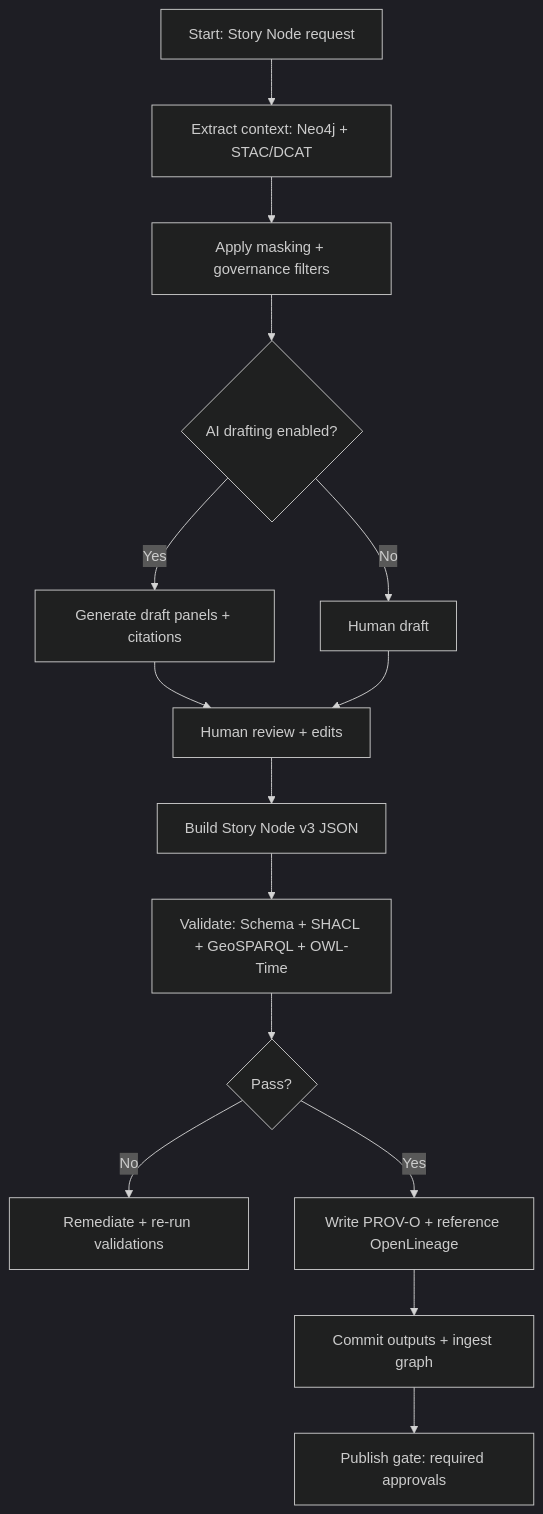
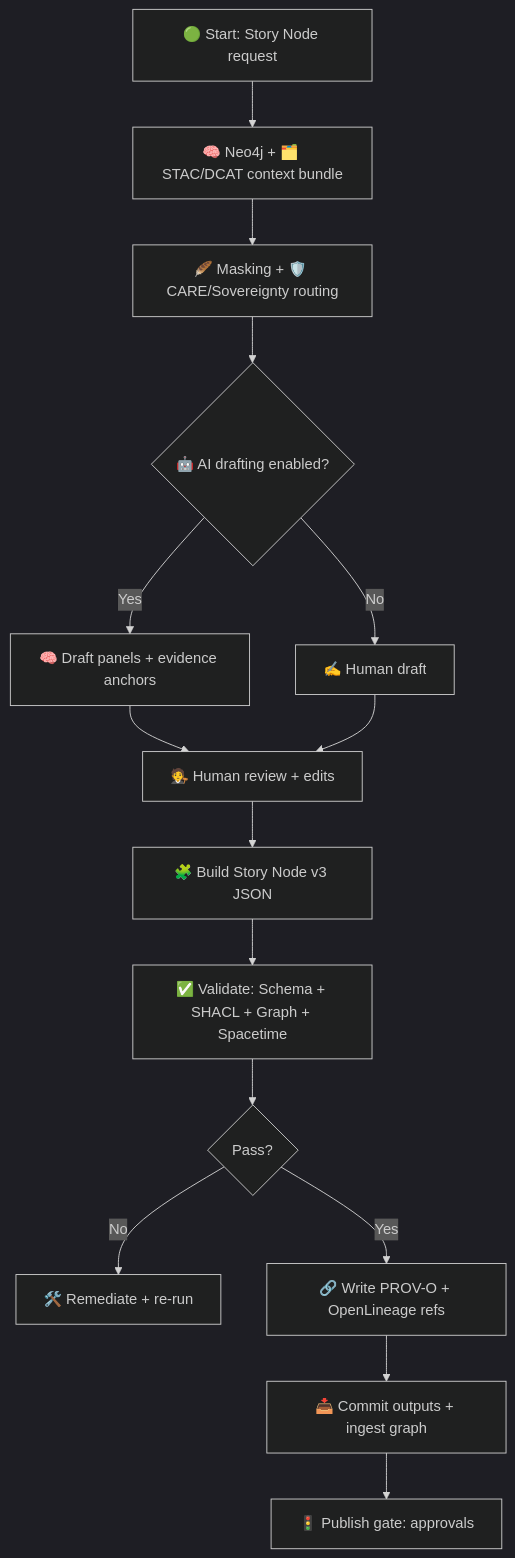
One commit to bartytime4life/Kansas-Frontier-Matrix changed the diagram in mcp/sops/storynode_generation.md. Above: the diagram before and after it, drawn with Mermaid (dark theme). The commit also changed other lines of this file, not shown here.

```diff
--- a/mcp/sops/storynode_generation.md
+++ b/mcp/sops/storynode_generation.md
@@ -229,17 +270,17 @@
 ~~~mermaid
 flowchart TD
-  A[Start: Story Node request] --> B[Extract context: Neo4j + STAC/DCAT]
-  B --> C[Apply masking + governance filters]
-  C --> D{AI drafting enabled?}
-  D -->|Yes| E[Generate draft panels + citations]
-  D -->|No| F[Human draft]
-  E --> G[Human review + edits]
+  A[🟢 Start: Story Node request] --> B[🧠 Neo4j + 🗂️ STAC/DCAT context bundle]
+  B --> C[🪶 Masking + 🛡️ CARE/Sovereignty routing]
+  C --> D{🤖 AI drafting enabled?}
+  D -->|Yes| E[🧠 Draft panels + evidence anchors]
+  D -->|No| F[✍️ Human draft]
+  E --> G[🧑‍⚖️ Human review + edits]
   F --> G
-  G --> H[Build Story Node v3 JSON]
-  H --> I[Validate: Schema + SHACL + GeoSPARQL + OWL-Time]
+  G --> H[🧩 Build Story Node v3 JSON]
+  H --> I[✅ Validate: Schema + SHACL + Graph + Spacetime]
   I --> J{Pass?}
-  J -->|No| K[Remediate + re-run validations]
-  J -->|Yes| L[Write PROV-O + reference OpenLineage]
-  L --> M[Commit outputs + ingest graph]
-  M --> N[Publish gate: required approvals]
+  J -->|No| K[🛠️ Remediate + re-run]
+  J -->|Yes| L[🔗 Write PROV-O + OpenLineage refs]
+  L --> M[📥 Commit outputs + ingest graph]
+  M --> N[🚦 Publish gate: approvals]
 ~~~
```
